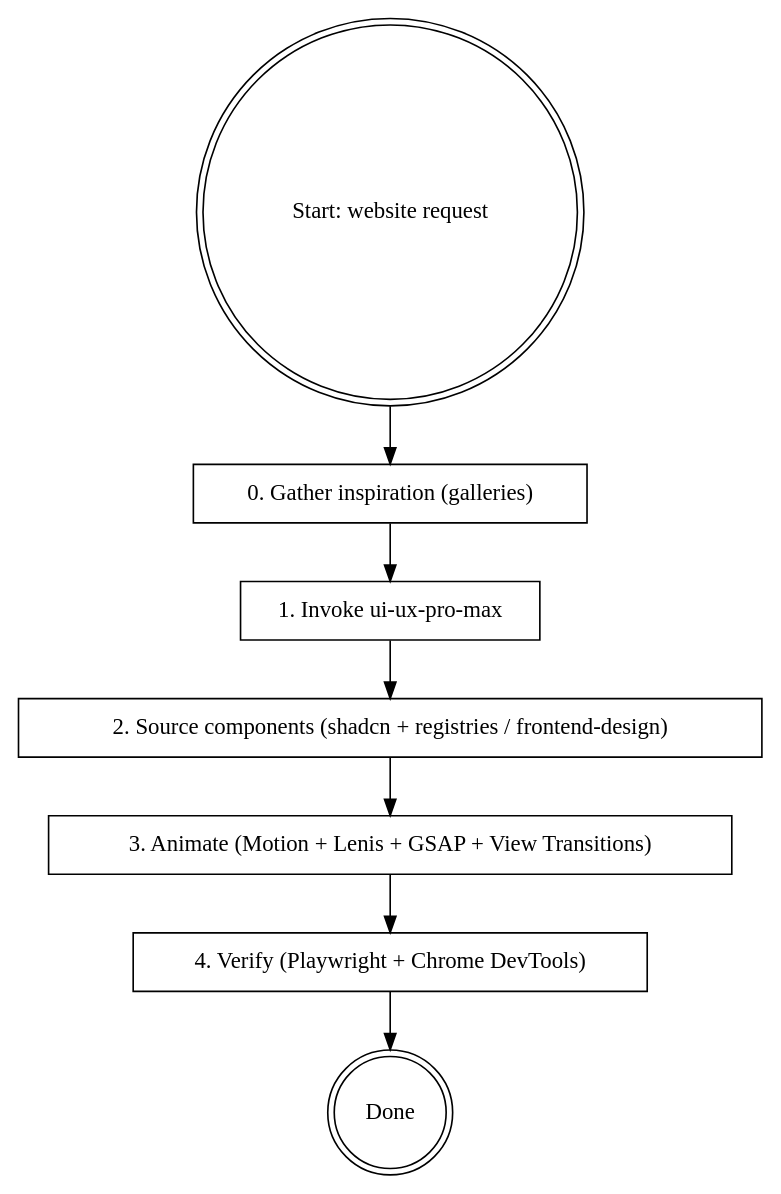
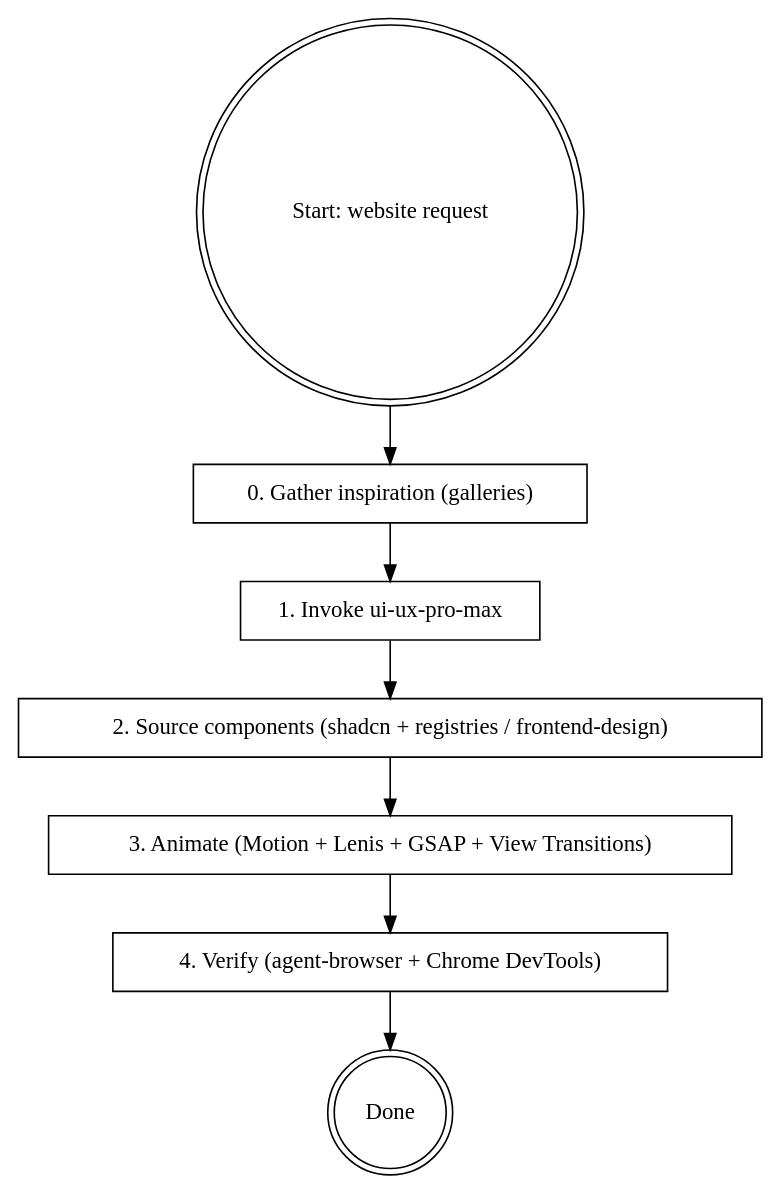
The diagram in plugins/website-builder/skills/website-builder/SKILL.md (ECamposSoria/claude-plugins), drawn with Graphviz before and after one commit. The commit also changed other lines of this file and 23 other files, not shown here.

````diff
--- a/plugins/website-builder/skills/website-builder/SKILL.md
+++ b/plugins/website-builder/skills/website-builder/SKILL.md
@@ -39,18 +41,18 @@
 ```dot
 digraph website_builder {
     "Start: website request" [shape=doublecircle];
     "0. Gather inspiration (galleries)" [shape=box];
     "1. Invoke ui-ux-pro-max" [shape=box];
     "2. Source components (shadcn + registries / frontend-design)" [shape=box];
     "3. Animate (Motion + Lenis + GSAP + View Transitions)" [shape=box];
-    "4. Verify (Playwright + Chrome DevTools)" [shape=box];
+    "4. Verify (agent-browser + Chrome DevTools)" [shape=box];
     "Done" [shape=doublecircle];
 
     "Start: website request" -> "0. Gather inspiration (galleries)";
     "0. Gather inspiration (galleries)" -> "1. Invoke ui-ux-pro-max";
     "1. Invoke ui-ux-pro-max" -> "2. Source components (shadcn + registries / frontend-design)";
     "2. Source components (shadcn + registries / frontend-design)" -> "3. Animate (Motion + Lenis + GSAP + View Transitions)";
-    "3. Animate (Motion + Lenis + GSAP + View Transitions)" -> "4. Verify (Playwright + Chrome DevTools)";
-    "4. Verify (Playwright + Chrome DevTools)" -> "Done";
+    "3. Animate (Motion + Lenis + GSAP + View Transitions)" -> "4. Verify (agent-browser + Chrome DevTools)";
+    "4. Verify (agent-browser + Chrome DevTools)" -> "Done";
 }
 ```
````
